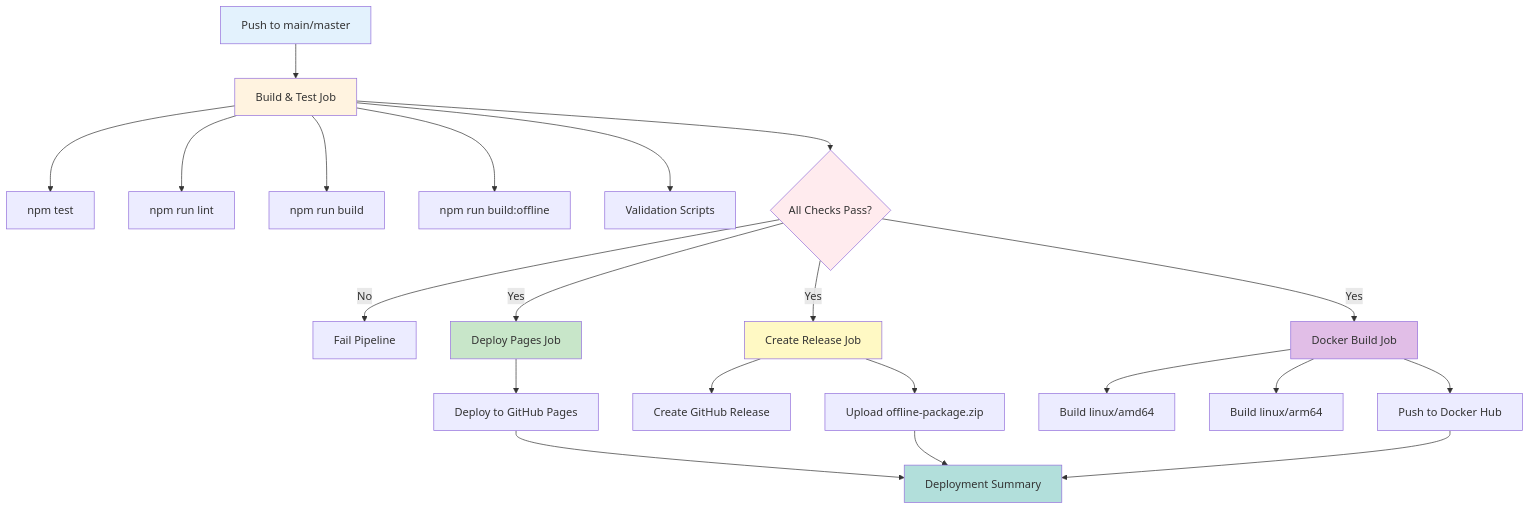
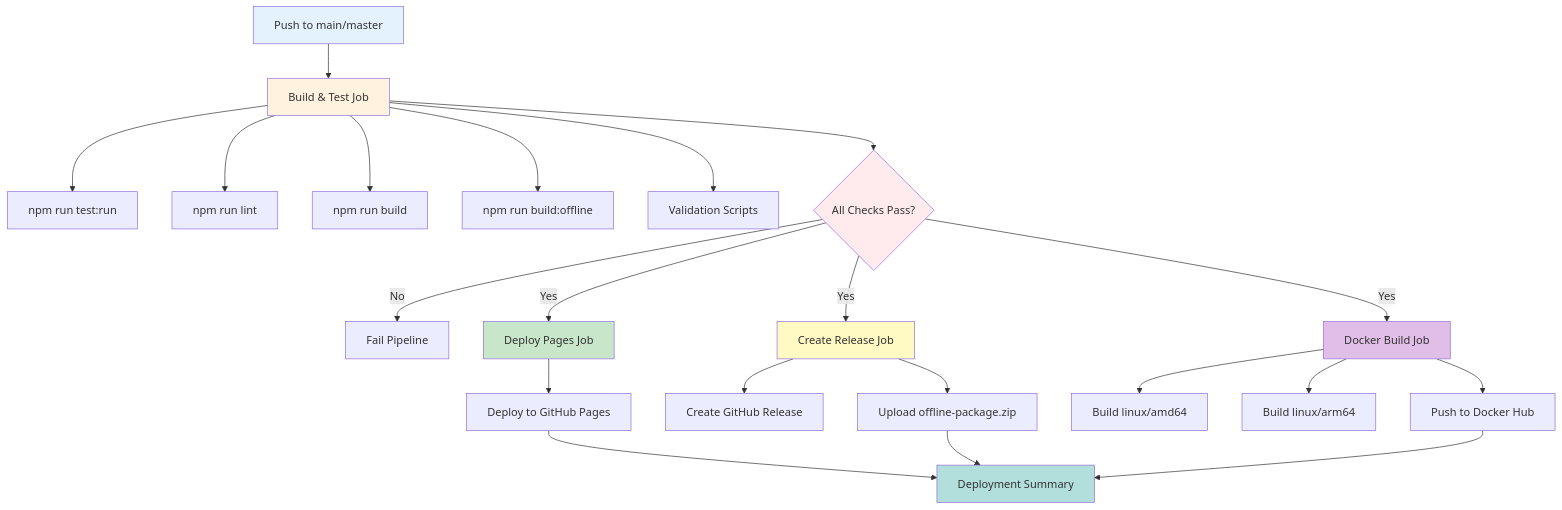
One commit to kanad13/mermaid-slides changed the second of 3 diagrams in docs/DEPLOYMENT.md. Above: the diagram before and after it, drawn with Mermaid. The commit also changed other lines of this file and 9 other files, not shown here.

````diff
--- a/docs/DEPLOYMENT.md
+++ b/docs/DEPLOYMENT.md
@@ -120,35 +135,35 @@
 ```mermaid
 graph TB
     A[Push to main/master] --> B[Build & Test Job]
 
-    B --> B1[npm test]
+    B --> B1[npm run test:run]
     B --> B2[npm run lint]
     B --> B3[npm run build]
     B --> B4[npm run build:offline]
     B --> B5[Validation Scripts]
 
     B --> C{All Checks Pass?}
     C -->|No| Z[Fail Pipeline]
     C -->|Yes| D[Deploy Pages Job]
     C -->|Yes| E[Create Release Job]
     C -->|Yes| F[Docker Build Job]
 
     D --> D1[Deploy to GitHub Pages]
     E --> E1[Create GitHub Release]
     E --> E2[Upload offline-package.zip]
     F --> F1[Build linux/amd64]
     F --> F2[Build linux/arm64]
     F --> F3[Push to Docker Hub]
 
     D1 --> G[Deployment Summary]
     E2 --> G
     F3 --> G
 
     style A fill:#e3f2fd
     style B fill:#fff3e0
     style C fill:#ffebee
     style D fill:#c8e6c9
     style E fill:#fff9c4
     style F fill:#e1bee7
     style G fill:#b2dfdb
 ```
````
